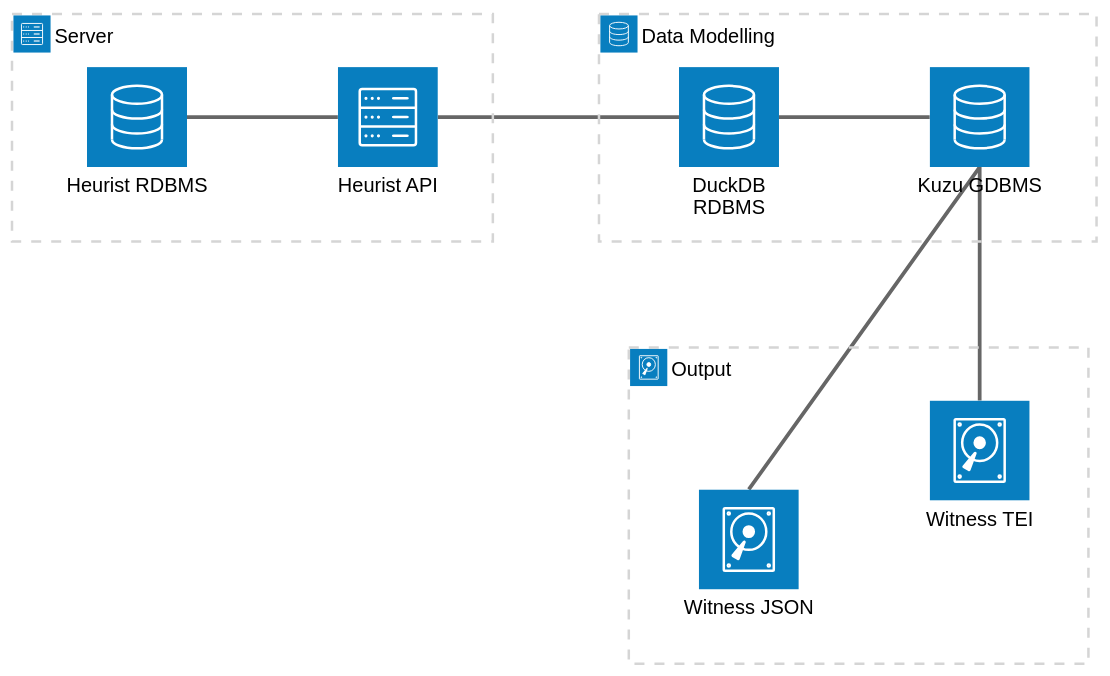
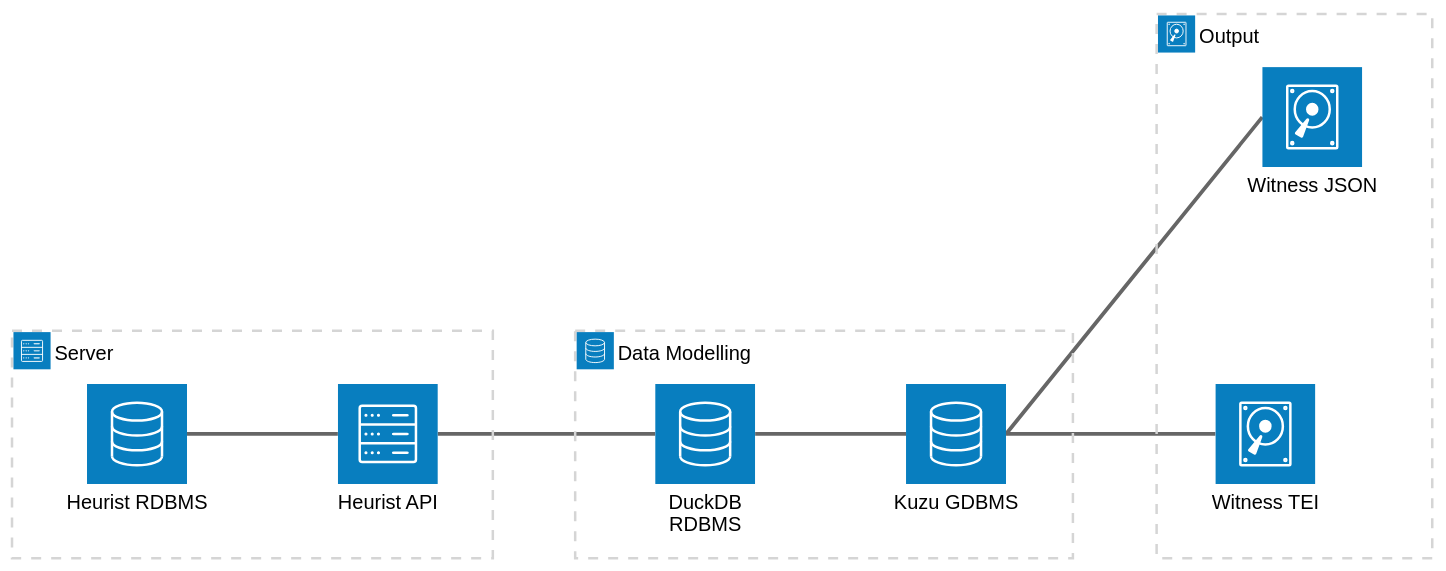
The diagram in README.md (LostMa-ERC/data-pipeline), drawn with Mermaid (neutral theme) before and after one commit.

Commit message:
move to right

````diff
--- a/README.md
+++ b/README.md
@@ -17,22 +17,22 @@
 ```mermaid
 architecture-beta
     group cloud(server)[Server]
     service heurist(database)[Heurist RDBMS] in cloud
     service api(server)[Heurist API] in cloud
     service duckdb(database)[DuckDB RDBMS] in local
 
     group local(database)[Data Modelling]
     service kuzu(database)[Kuzu GDBMS] in local
 
     group staticFiles(disk)[Output]
     service witnessTrees(disk)[Witness JSON] in staticFiles
     service tei(disk)[Witness TEI] in staticFiles
 
 
     heurist:R -- L:api
     api:R -- L:duckdb
     duckdb:R -- L:kuzu
-    kuzu:B -- T:witnessTrees
-    kuzu:B -- T:tei
+    kuzu:R -- L:witnessTrees
+    kuzu:R -- L:tei
 
 ```
````
